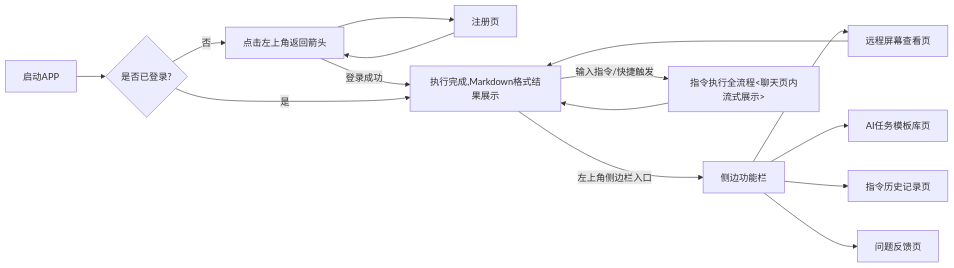
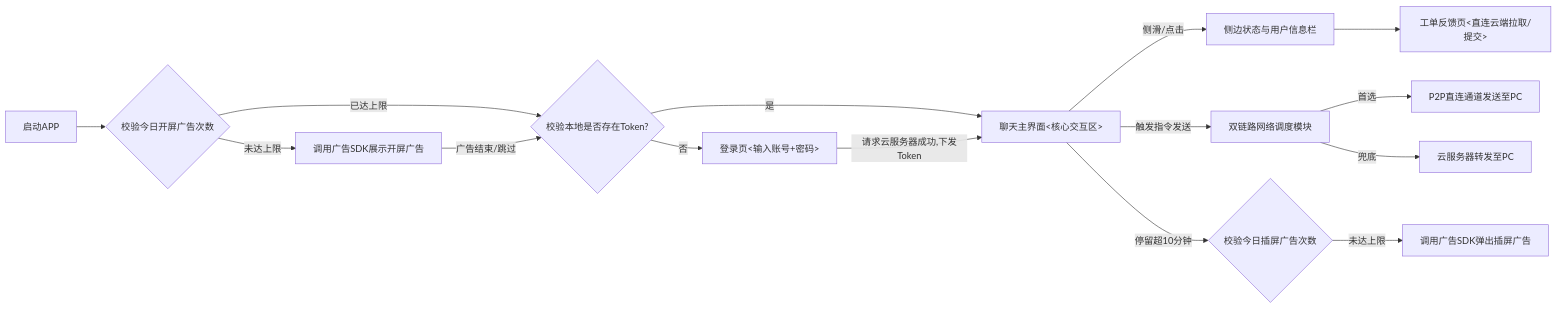
The diagram in Claw Chat 手机端开发方案.md (lyqgenius-hub/claw-chat-doc), drawn with Mermaid before and after one commit. The commit also changed other lines of this file and 1 other file, not shown here.

````diff
--- a/Claw Chat 手机端开发方案.md
+++ b/Claw Chat 手机端开发方案.md
@@ -8,17 +33,18 @@
 ```mermaid
 flowchart LR
-    A[启动APP] --> B{是否已登录?}
-    B -->|否| C[登录页]
-    C --> D[注册页]
-    D --> C[点击左上角返回箭头]
-    C -->|登录成功| E[聊天主界面,核心主页]
-    B -->|是| E
-    E -->|左上角侧边栏入口| F[侧边功能栏]
-    F --> G[远程屏幕查看页]
-    G --> E[点击左上角返回箭头]
-    F --> H[AI任务模板库页]
-    F --> I[指令历史记录页]
-    F --> J[问题反馈页]
-    E -->|输入指令/快捷触发| K[指令执行全流程<聊天页内流式展示>]
-    K --> E[执行完成,Markdown格式结果展示]
+    A[启动APP] --> B{校验今日开屏广告次数}
+    B -->|未达上限| C[调用广告SDK展示开屏广告]
+    B -->|已达上限| D{校验本地是否存在Token?}
+    C -->|广告结束/跳过| D
+    D -->|否| E[登录页<输入账号+密码>]
+    D -->|是| F[聊天主界面<核心交互区>]
+    E -->|请求云服务器成功,下发Token| F
+    F -->|侧滑/点击| G[侧边状态与用户信息栏]
+    G --> H[工单反馈页<直连云端拉取/提交>]
+    F -->|触发指令发送| I[双链路网络调度模块]
+    I -->|首选| J[P2P直连通道发送至PC]
+    I -->|兜底| K[云服务器转发至PC]
+    F -->|停留超10分钟| L{校验今日插屏广告次数}
+    L -->|未达上限| M[调用广告SDK弹出插屏广告]
+
 ```
````
